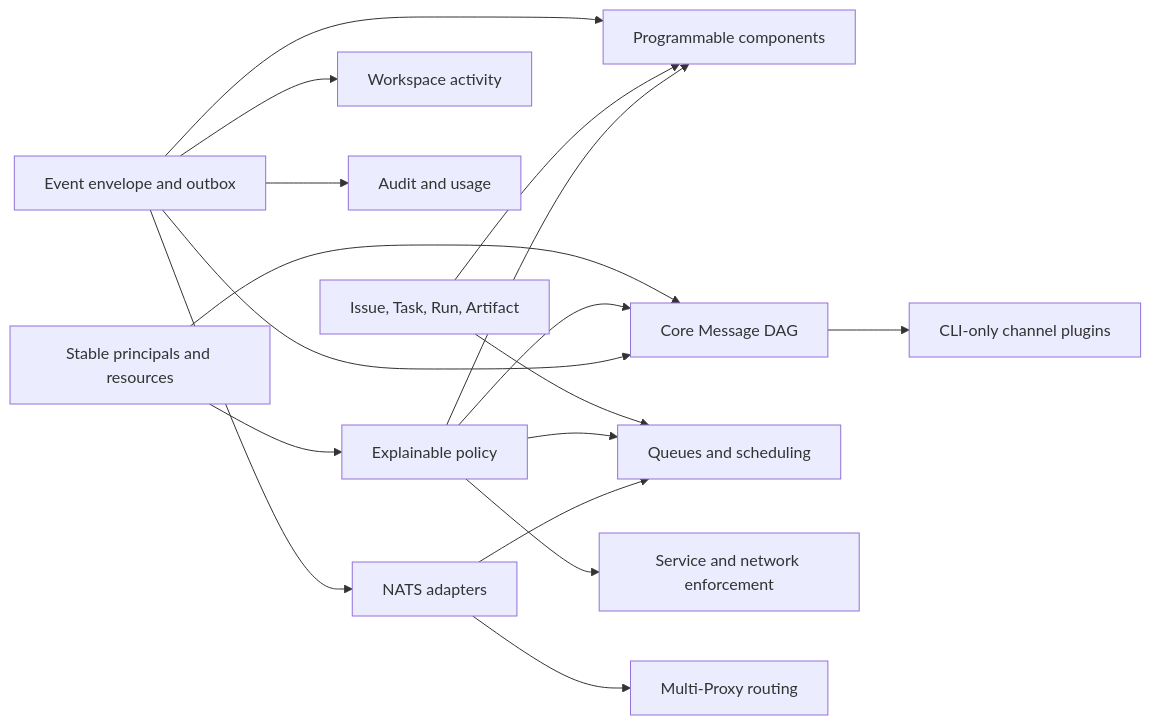
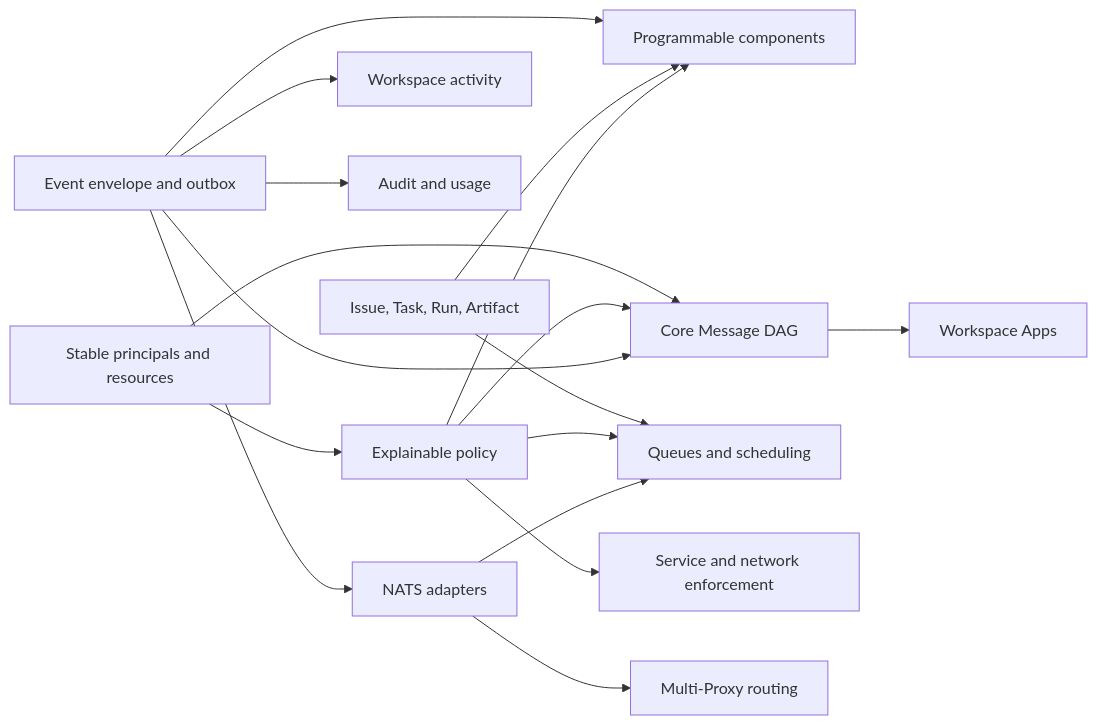
One commit to EvoEvolver/treer changed the diagram in docs/roadmap.md. Above: the diagram before and after it, drawn with Mermaid. The commit also changed other lines of this file and 75 other files, not shown here.

````diff
--- a/docs/roadmap.md
+++ b/docs/roadmap.md
@@ -334,19 +320,19 @@
 ```mermaid
 flowchart LR
     Identity[Stable principals and resources] --> Policy[Explainable policy]
     Event[Event envelope and outbox] --> Activity[Workspace activity]
     Event --> Audit[Audit and usage]
     Event --> Components[Programmable components]
     Event --> Broker[NATS adapters]
-    Message[Core Message DAG] --> Channels[CLI-only channel plugins]
+    Message[Core Message DAG] --> Channels[Workspace Apps]
     Identity --> Message
     Policy --> Message
     Event --> Message
     Work[Issue, Task, Run, Artifact] --> Components
     Work --> Scheduler[Queues and scheduling]
     Policy --> Network[Service and network enforcement]
     Policy --> Scheduler
     Policy --> Components
     Broker --> HA[Multi-Proxy routing]
     Broker --> Scheduler
 ```
````
